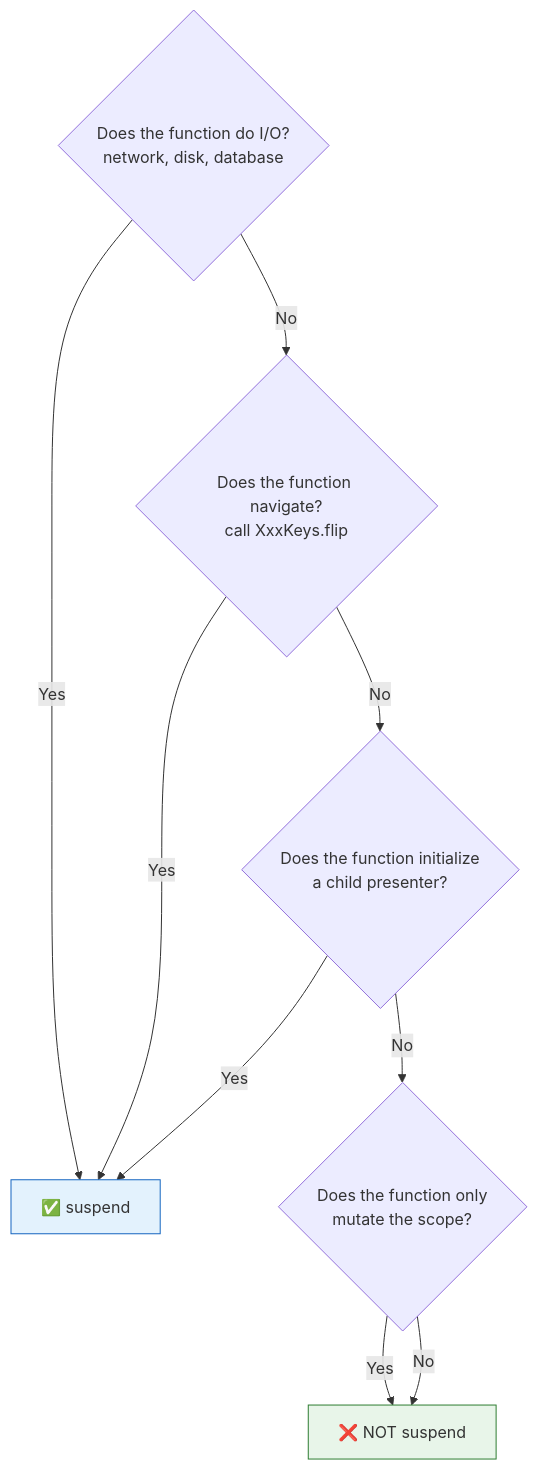
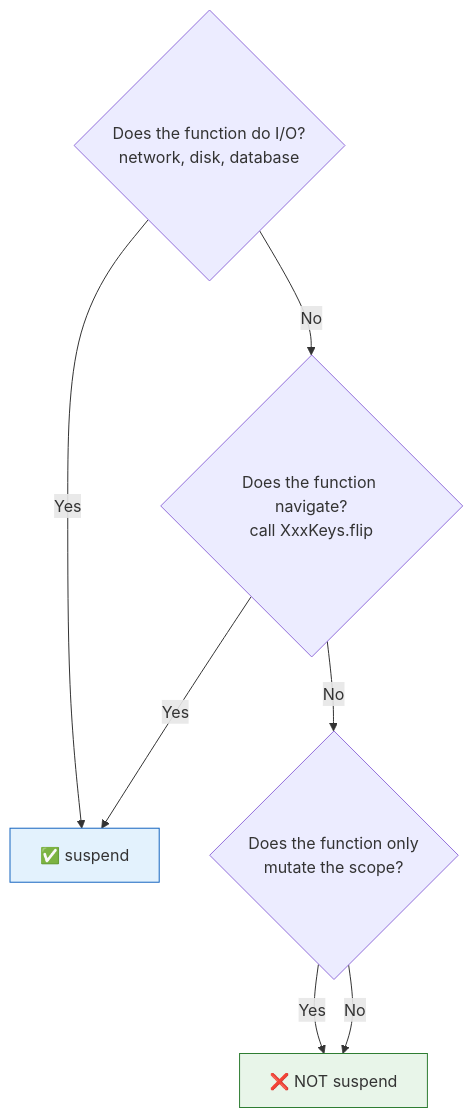
One commit to mrcdom/wdc-cube-kotlin changed diagram 16 of 19 in docs/architecture-cube.md. Above: the diagram before and after it, drawn with Mermaid. The commit also changed other lines of this file and 14 other files, not shown here.

````diff
--- a/docs/architecture-cube.md
+++ b/docs/architecture-cube.md
@@ -892,19 +980,16 @@
 ```mermaid
 flowchart TD
     Q1{Does the function do I/O?\nnetwork, disk, database}
     Q2{Does the function navigate?\ncall XxxKeys.flip}
-    Q3{Does the function initialize\na child presenter?}
     Q4{Does the function only\nmutate the scope?}
 
     Q1 -->|Yes| SUSPEND["✅ suspend"]
     Q1 -->|No| Q2
     Q2 -->|Yes| SUSPEND
-    Q2 -->|No| Q3
-    Q3 -->|Yes| SUSPEND
-    Q3 -->|No| Q4
+    Q2 -->|No| Q4
     Q4 -->|Yes| NOSUSPEND["❌ NOT suspend"]
     Q4 -->|No| NOSUSPEND
 
     style SUSPEND fill:#e3f2fd,stroke:#1565c0
     style NOSUSPEND fill:#e8f5e9,stroke:#2e7d32
 ```
````
